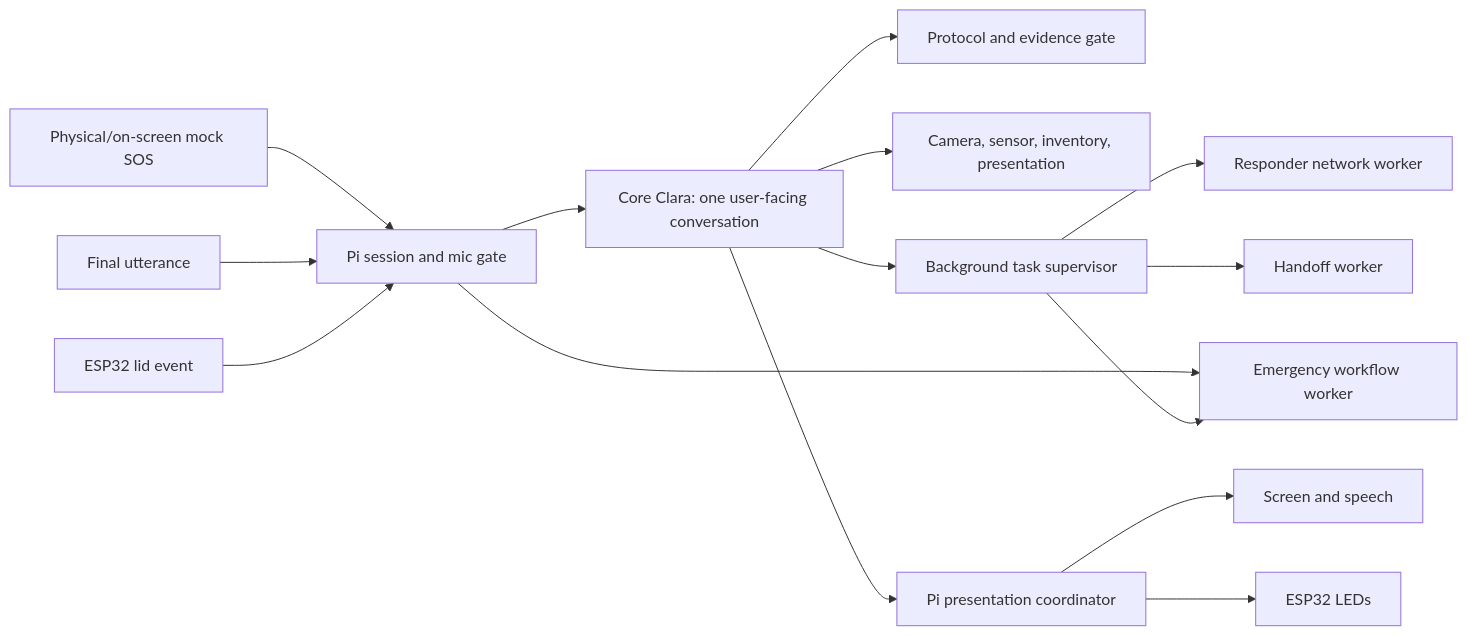
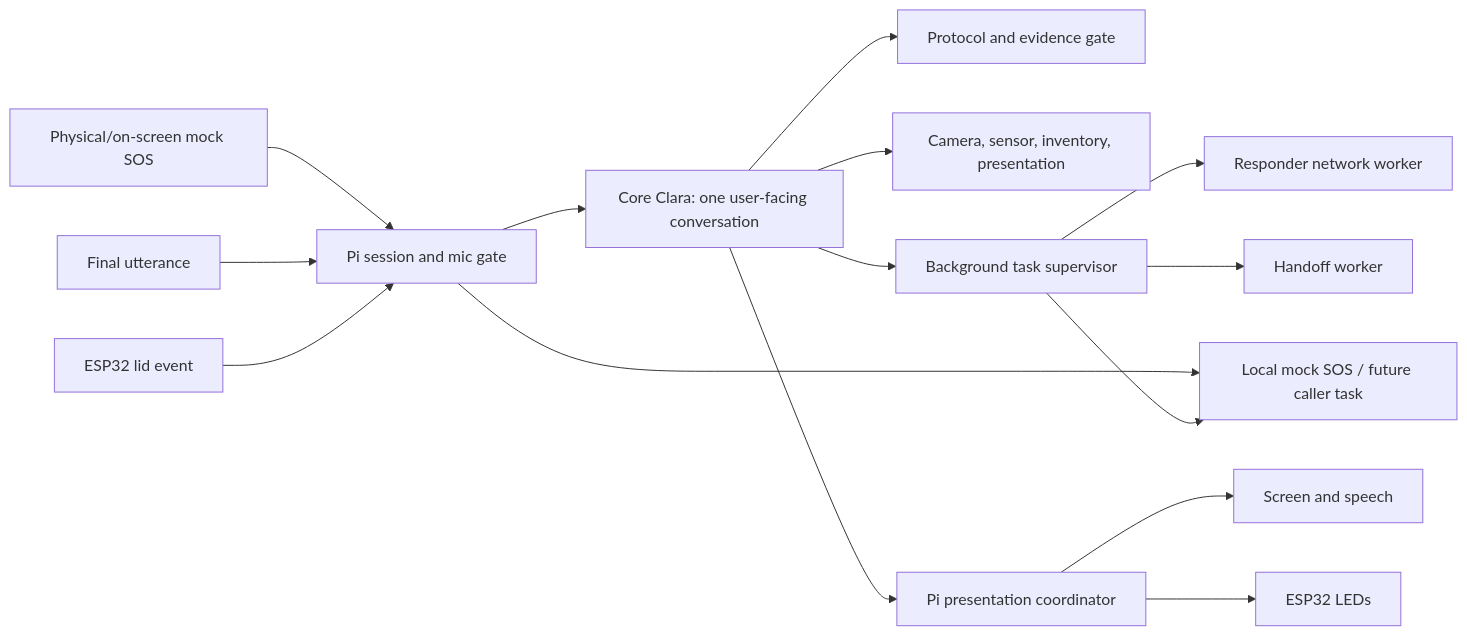
Before and after one commit to langlglang/clara: the first of 4 diagrams in docs/conversation-runtime.md, drawn with Mermaid. The commit also changed other lines of this file and 81 other files, not shown here.

````diff
--- a/docs/conversation-runtime.md
+++ b/docs/conversation-runtime.md
@@ -11,17 +11,17 @@
 ```mermaid
 flowchart LR
   Lid[ESP32 lid event] --> Session[Pi session and mic gate]
   Mic[Final utterance] --> Session
   Session --> Core[Core Clara: one user-facing conversation]
   Core --> Policy[Protocol and evidence gate]
   Core --> Tools[Camera, sensor, inventory, presentation]
   Core --> Jobs[Background task supervisor]
-  Jobs --> SOS[Emergency workflow worker]
+  Jobs --> SOS[Local mock SOS / future caller task]
   Jobs --> Responders[Responder network worker]
   Jobs --> Handoff[Handoff worker]
   Core --> Presenter[Pi presentation coordinator]
   Presenter --> Screen[Screen and speech]
   Presenter --> ESP[ESP32 LEDs]
   Button[Physical/on-screen mock SOS] --> Session
   Session --> SOS
 ```
````
